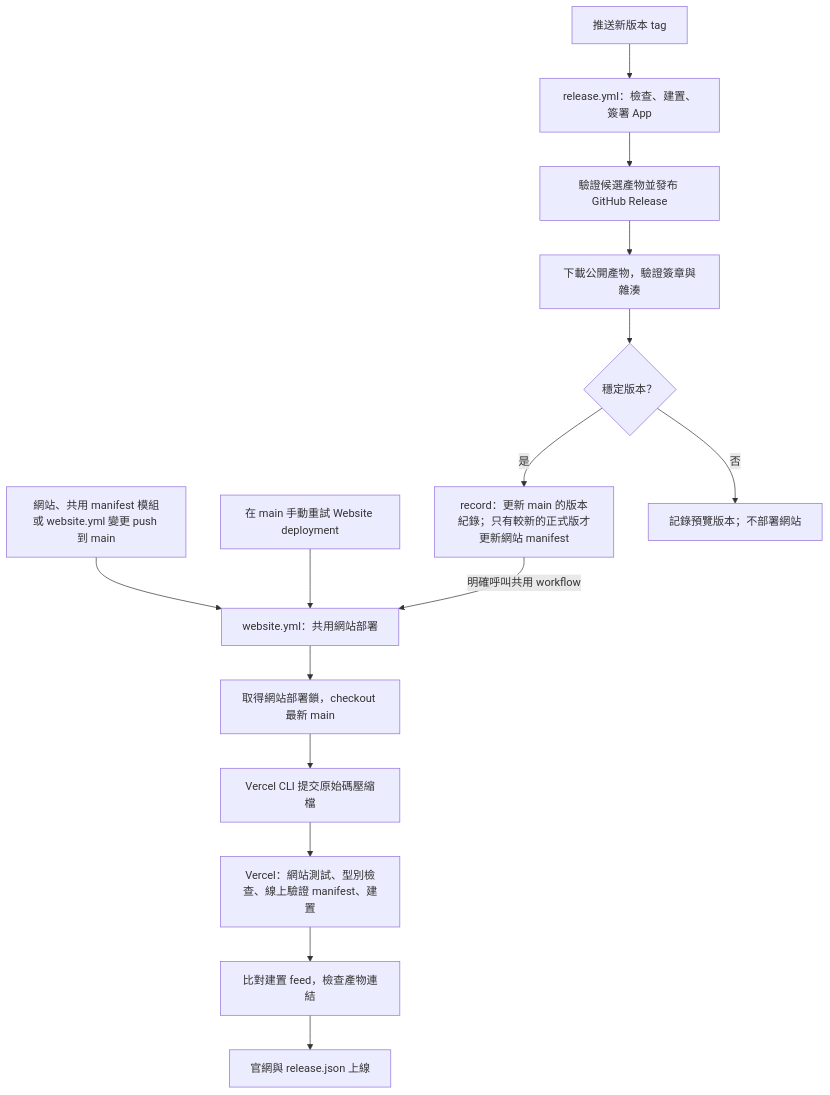
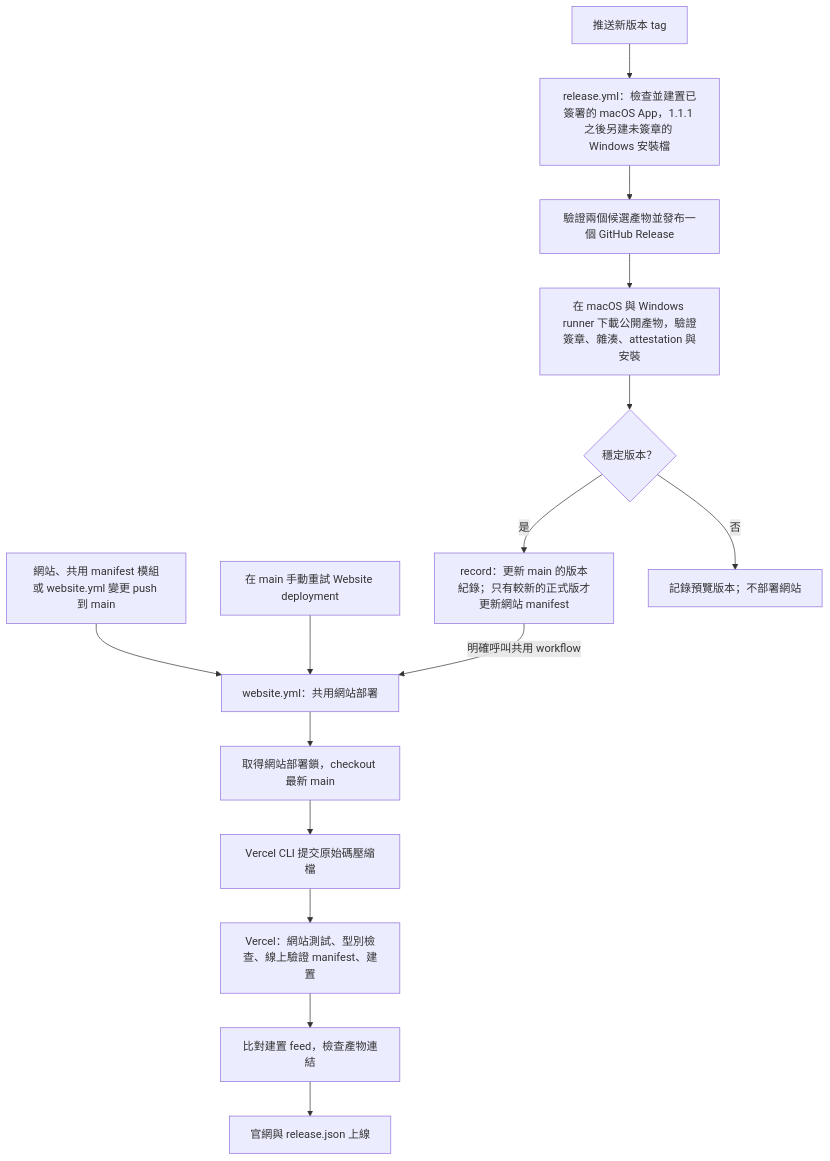
Before and after one commit to EricTsai83/recordstuff: the first of 3 diagrams in docs/zh-TW/system-design/delivery.md, drawn with Mermaid. The commit also changed other lines of this file and 25 other files, not shown here.

````diff
--- a/docs/zh-TW/system-design/delivery.md
+++ b/docs/zh-TW/system-design/delivery.md
@@ -11,17 +11,17 @@
 ```mermaid
 flowchart TD
     W["網站、共用 manifest 模組或 website.yml 變更 push 到 main"] --> D["website.yml：共用網站部署"]
     M["在 main 手動重試 Website deployment"] --> D
-    T["推送新版本 tag"] --> A["release.yml：檢查、建置、簽署 App"]
-    A --> P["驗證候選產物並發布 GitHub Release"]
-    P --> V["下載公開產物，驗證簽章與雜湊"]
+    T["推送新版本 tag"] --> A["release.yml：檢查並建置已簽署的 macOS App，1.1.1 之後另建未簽章的 Windows 安裝檔"]
+    A --> P["驗證兩個候選產物並發布一個 GitHub Release"]
+    P --> V["在 macOS 與 Windows runner 下載公開產物，驗證簽章、雜湊、attestation 與安裝"]
     V --> S{"穩定版本？"}
     S -->|是| R["record：更新 main 的版本紀錄；只有較新的正式版才更新網站 manifest"]
     R -->|明確呼叫共用 workflow| D
     S -->|否| Q["記錄預覽版本；不部署網站"]
     D --> L["取得網站部署鎖，checkout 最新 main"]
     L --> H["Vercel CLI 提交原始碼壓縮檔"]
     H --> C["Vercel：網站測試、型別檢查、線上驗證 manifest、建置"]
     C --> F["比對建置 feed，檢查產物連結"]
     F --> O["官網與 release.json 上線"]
 ```
````
